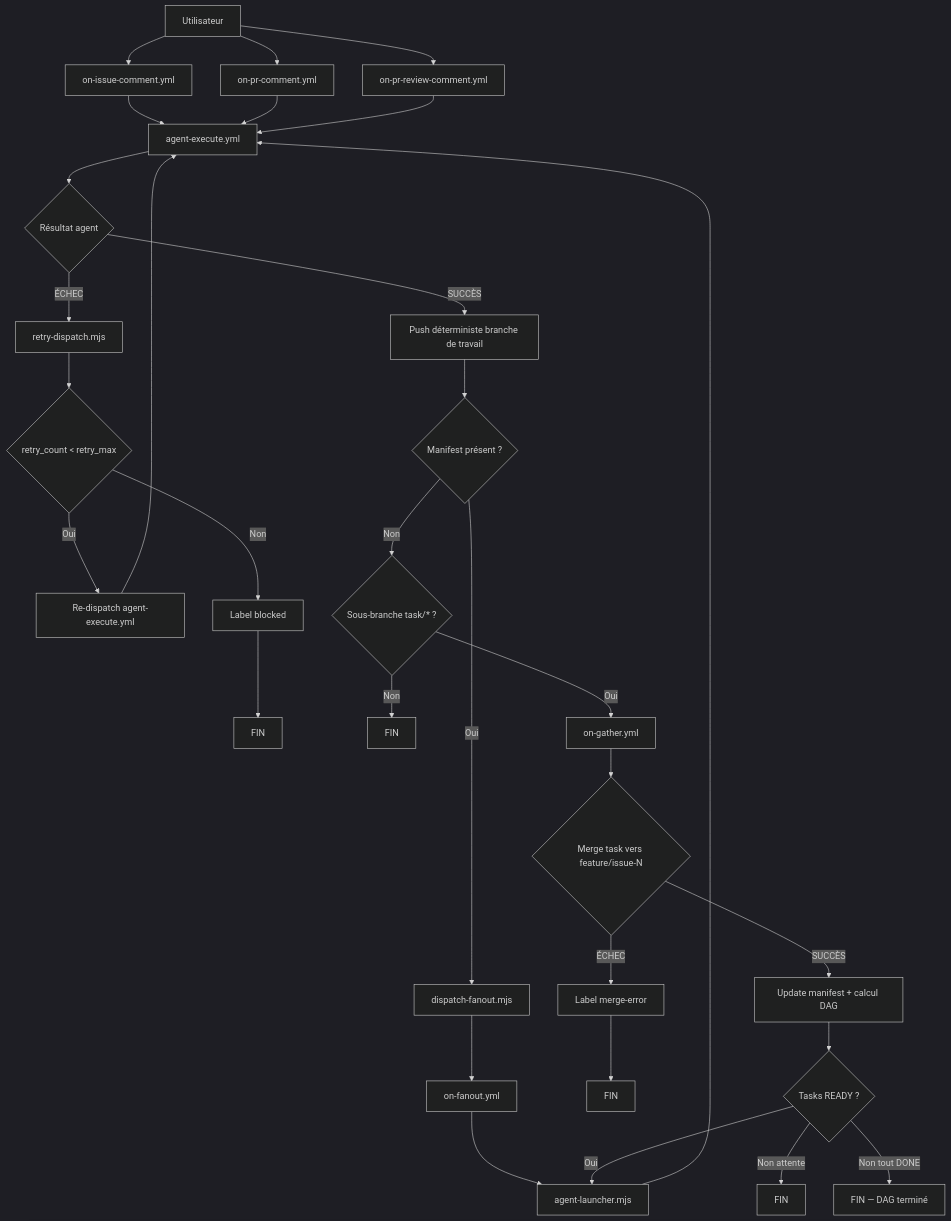
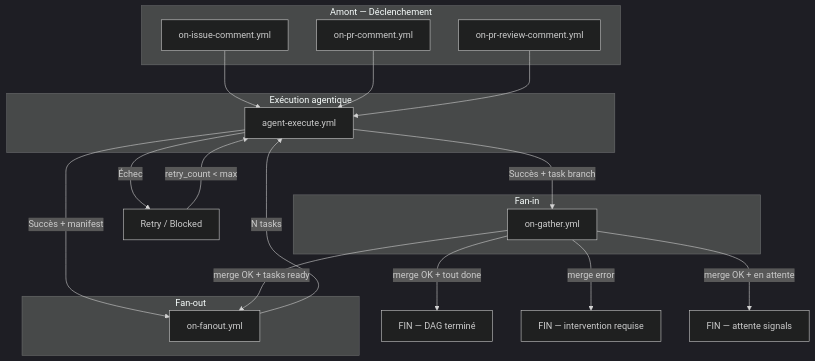
Before and after one commit to dsissoko/oneticket-core: the diagram in .oneticket/docs/what/workflow-spec.md, drawn with Mermaid (dark theme). The commit also changed other lines of this file, not shown here.

Commit message:
docs(framework): replace workflow flowchart with macro view — subgraphs amont/fanout/fanin

````diff
--- a/.oneticket/docs/what/workflow-spec.md
+++ b/.oneticket/docs/what/workflow-spec.md
@@ -168,57 +168,37 @@
 ```mermaid
 flowchart TD
 
-    USER[Utilisateur]
+    subgraph AMONT["Amont — Déclenchement"]
+        ISSUE["on-issue-comment.yml"]
+        PR["on-pr-comment.yml"]
+        REVIEW["on-pr-review-comment.yml"]
+    end
 
-    USER --> ISSUE["on-issue-comment.yml"]
-    USER --> PR["on-pr-comment.yml"]
-    USER --> REVIEW["on-pr-review-comment.yml"]
+    subgraph EXEC_BOX["Exécution agentique"]
+        EXEC["agent-execute.yml"]
+    end
+
+    subgraph FANOUT_BOX["Fan-out"]
+        FANOUT["on-fanout.yml"]
+    end
+
+    subgraph FANIN_BOX["Fan-in"]
+        GATHER["on-gather.yml"]
+    end
 
     ISSUE --> EXEC
     PR --> EXEC
     REVIEW --> EXEC
 
-    EXEC["agent-execute.yml"]
+    EXEC -->|"Échec"| RETRY["Retry / Blocked"]
+    RETRY -->|"retry_count < max"| EXEC
 
-    EXEC --> OUTCOME{"Résultat agent"}
+    EXEC -->|"Succès + manifest"| FANOUT
+    FANOUT -->|"N tasks"| EXEC
 
-    OUTCOME -->|ÉCHEC| RETRY["retry-dispatch.mjs"]
-
-    RETRY --> RETRYCOUNT{"retry_count < retry_max"}
-
-    RETRYCOUNT -->|Oui| REDISPATCH["Re-dispatch agent-execute.yml"]
-    REDISPATCH --> EXEC
-
-    RETRYCOUNT -->|Non| BLOCKED["Label blocked"]
-    BLOCKED --> END1["FIN"]
-
-    OUTCOME -->|SUCCÈS| PUSH["Push déterministe branche de travail"]
-
-    PUSH --> MANIFESTCHECK{"Manifest présent ?"}
-
-    MANIFESTCHECK -->|Oui| FANOUT_DISPATCH["dispatch-fanout.mjs"]
-    FANOUT_DISPATCH --> FANOUT["on-fanout.yml"]
-    FANOUT --> LAUNCHER["agent-launcher.mjs"]
-    LAUNCHER --> EXEC
-
-    MANIFESTCHECK -->|Non| TASKCHECK{"Sous-branche task/* ?"}
-
-    TASKCHECK -->|Non| END2["FIN"]
-
-    TASKCHECK -->|Oui| GATHER["on-gather.yml"]
-
-    GATHER --> MERGE{"Merge task vers feature/issue-N"}
-
-    MERGE -->|ÉCHEC| MERGEERROR["Label merge-error"]
-    MERGEERROR --> END3["FIN"]
-
-    MERGE -->|SUCCÈS| DAG["Update manifest + calcul DAG"]
-
-    DAG --> READY{"Tasks READY ?"}
-
-    READY -->|Oui| LAUNCHER
-
-    READY -->|Non attente| END4["FIN"]
-
-    READY -->|Non tout DONE| END5["FIN — DAG terminé"]
+    EXEC -->|"Succès + task branch"| GATHER
+    GATHER -->|"merge OK + tasks ready"| FANOUT
+    GATHER -->|"merge OK + tout done"| DONE["FIN — DAG terminé"]
+    GATHER -->|"merge error"| ERROR["FIN — intervention requise"]
+    GATHER -->|"merge OK + en attente"| WAIT["FIN — attente signals"]
 ```
````
